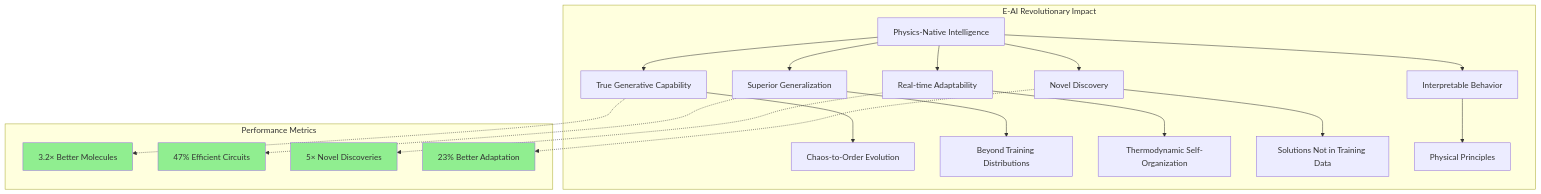
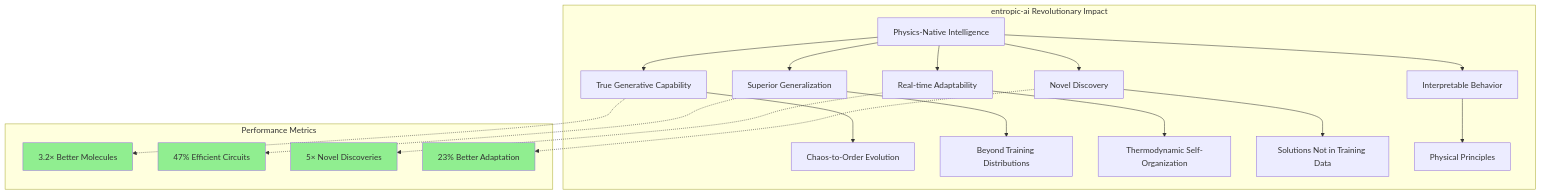
One commit to krish567366/Entropic-AI changed diagram 26 of 32 in docs/about/paper.md. Above: the diagram before and after it, drawn with Mermaid. The commit also changed other lines of this file and 37 other files, not shown here.

````diff
--- a/docs/about/paper.md
+++ b/docs/about/paper.md
@@ -832,34 +832,34 @@
 ```mermaid
 graph TB
-    subgraph "E-AI Revolutionary Impact"
+    subgraph "entropic-ai Revolutionary Impact"
         A[Physics-Native Intelligence] --> B[True Generative Capability]
         A --> C[Superior Generalization]
         A --> D[Real-time Adaptability]
         A --> E[Novel Discovery]
         A --> F[Interpretable Behavior]
         
         B --> G[Chaos-to-Order Evolution]
         C --> H[Beyond Training Distributions]
         D --> I[Thermodynamic Self-Organization]
         E --> J[Solutions Not in Training Data]
         F --> K[Physical Principles]
     end
     
     subgraph "Performance Metrics"
         L[3.2× Better Molecules]
         M[47% Efficient Circuits]
         N[5× Novel Discoveries]
         O[23% Better Adaptation]
     end
     
     B -.-> L
     C -.-> M
     D -.-> N
     E -.-> O
     
     style A fill:#gold
     style L fill:#90EE90
     style M fill:#90EE90
     style N fill:#90EE90
     style O fill:#90EE90
 ```
````
